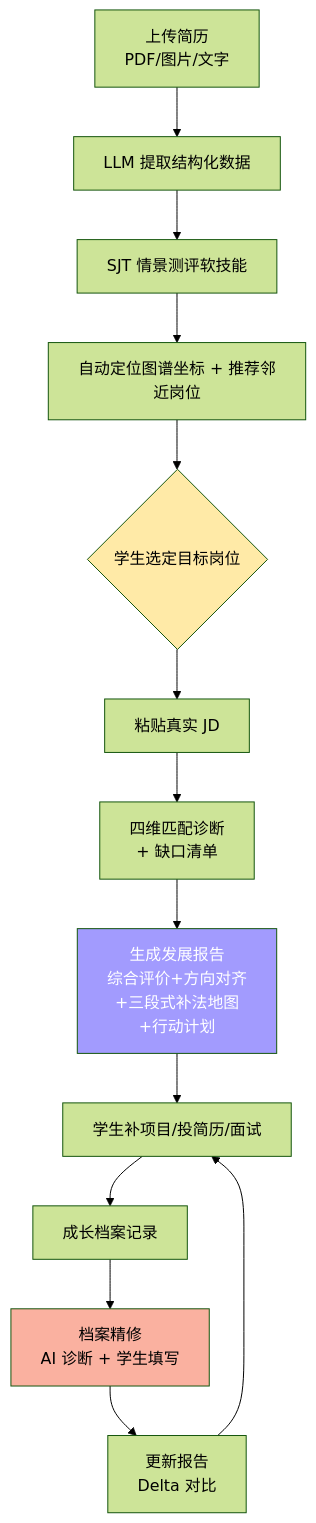
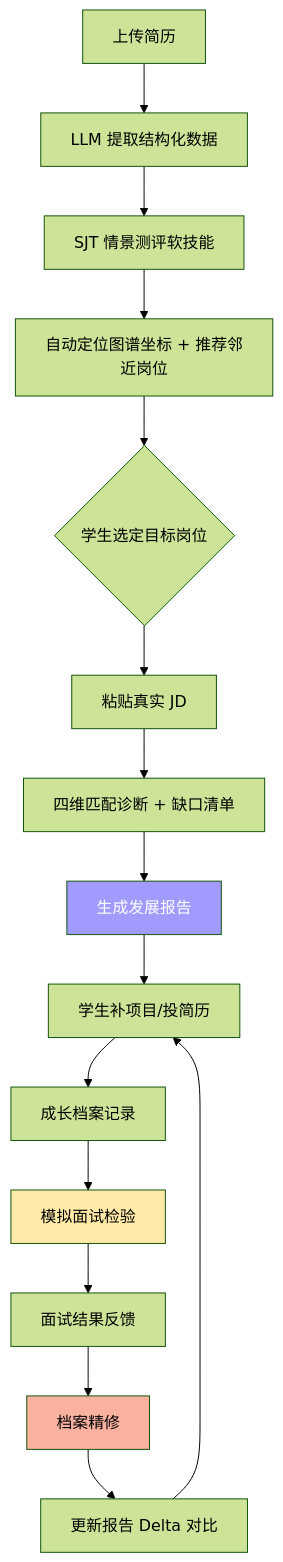
One commit to 1797127235/CareerPlanningAgent changed the second of 4 diagrams in docs/项目详细方案.md. Above: the diagram before and after it, drawn with Mermaid (forest theme). The commit also changed other lines of this file and 65 other files, not shown here.

````diff
--- a/docs/项目详细方案.md
+++ b/docs/项目详细方案.md
@@ -163,19 +161,21 @@
 ```mermaid
 flowchart TD
-  A[上传简历<br/>PDF/图片/文字] --> B[LLM 提取结构化数据]
+  A[上传简历] --> B[LLM 提取结构化数据]
   B --> C[SJT 情景测评软技能]
   C --> D[自动定位图谱坐标 + 推荐邻近岗位]
   D --> E{学生选定目标岗位}
   E --> F[粘贴真实 JD]
-  F --> G[四维匹配诊断<br/>+ 缺口清单]
-  G --> H[生成发展报告<br/>综合评价+方向对齐<br/>+三段式补法地图<br/>+行动计划]
-  H --> I[学生补项目/投简历/面试]
+  F --> G[四维匹配诊断 + 缺口清单]
+  G --> H[生成发展报告]
+  H --> I[学生补项目/投简历]
   I --> J[成长档案记录]
-  J --> K[档案精修<br/>AI 诊断 + 学生填写]
-  K --> L[更新报告<br/>Delta 对比]
-  L --> I
+  J --> K[模拟面试检验]
+  K --> L[面试结果反馈]
+  L --> M[档案精修]
+  M --> N[更新报告 Delta 对比]
+  N --> I
 
-  style E fill:#ffeaa7
+  style K fill:#ffeaa7
   style H fill:#a29bfe,color:#fff
-  style K fill:#fab1a0
+  style M fill:#fab1a0
 ```
````
